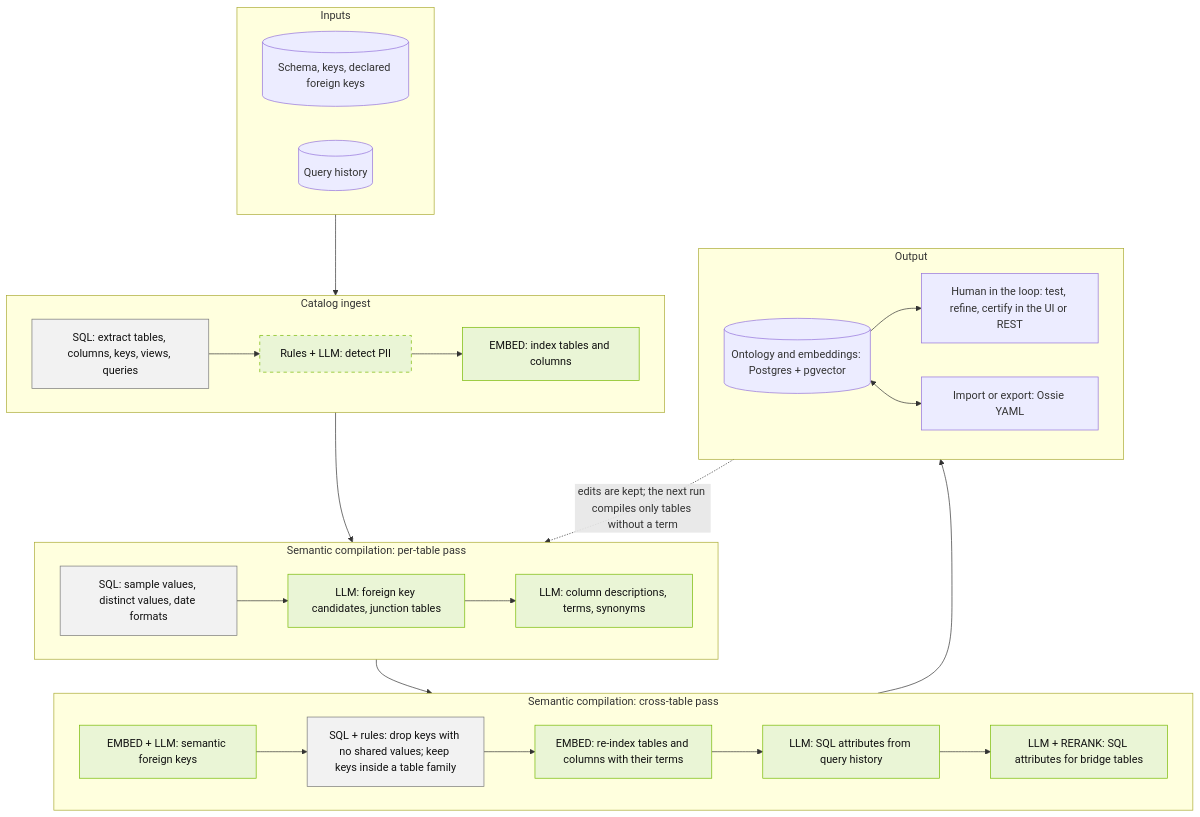
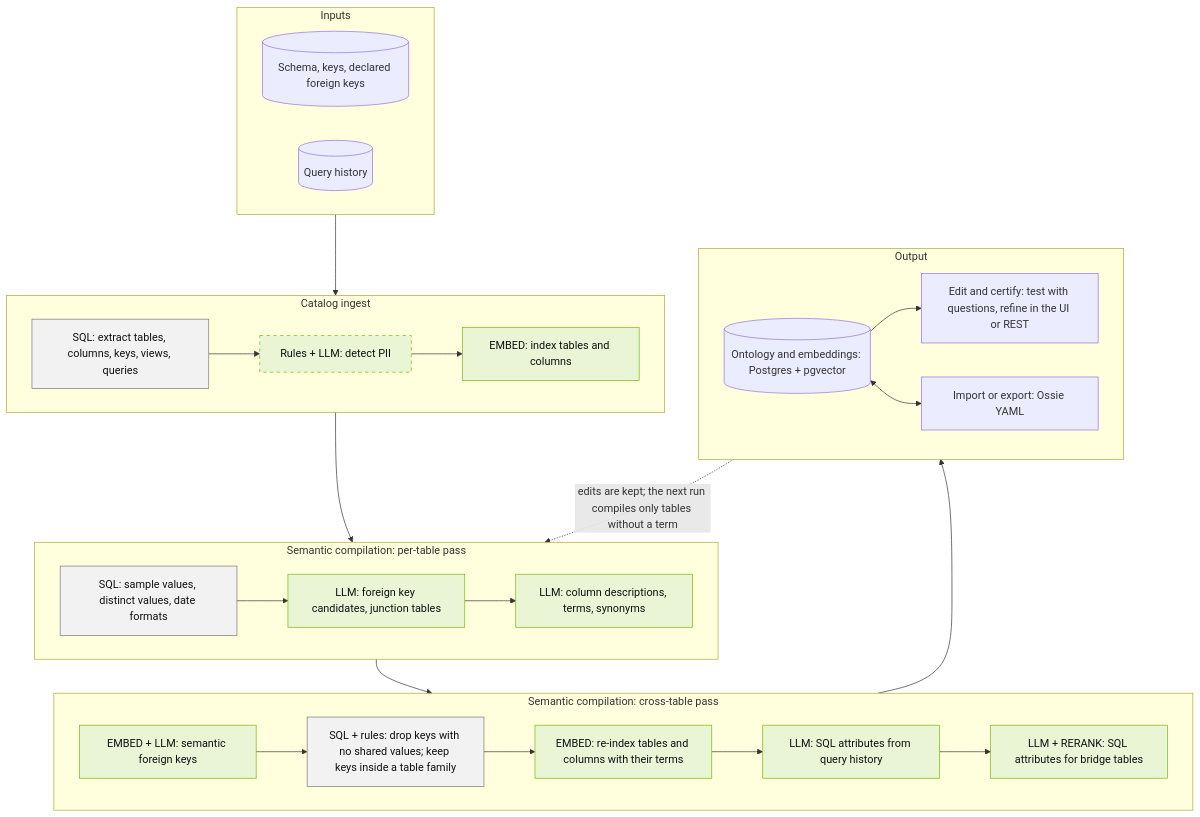
One commit to NVIDIA/auto-ontology changed the third of 6 diagrams in docs/architecture.md. Above: the diagram before and after it, drawn with Mermaid. The commit also changed other lines of this file and 1 other file, not shown here.

Commit message:
Call the review step Edit and certify

````diff
--- a/docs/architecture.md
+++ b/docs/architecture.md
@@ -190,33 +190,33 @@
 ```mermaid
 flowchart TD
   subgraph inputs["Inputs"]
     direction LR
     i1[("Schema, keys, declared foreign keys")]
     i2[("Query history")]
   end
   subgraph ingest["Catalog ingest"]
     direction LR
     c1["SQL: extract tables, columns, keys, views, queries"] --> c2["Rules + LLM: detect PII"] --> c3["EMBED: index tables and columns"]
   end
   subgraph pertable["Semantic compilation: per-table pass"]
     direction LR
     p1["SQL: sample values, distinct values, date formats"] --> p2["LLM: foreign key candidates, junction tables"] --> p3["LLM: column descriptions, terms, synonyms"]
   end
   subgraph cross["Semantic compilation: cross-table pass"]
     direction LR
     x1["EMBED + LLM: semantic foreign keys"] --> x2["SQL + rules: drop keys with no shared values; keep keys inside a table family"] --> x5["EMBED: re-index tables and columns with their terms"] --> x3["LLM: SQL attributes from query history"] --> x4["LLM + RERANK: SQL attributes for bridge tables"]
   end
   subgraph output["Output"]
     direction LR
-    o1[("Ontology and embeddings: Postgres + pgvector")] --> o2["Human in the loop: test, refine, certify in the UI or REST"]
+    o1[("Ontology and embeddings: Postgres + pgvector")] --> o2["Edit and certify: test with questions, refine in the UI or REST"]
     o1 <--> o3["Import or export: Ossie YAML"]
   end
   inputs --> ingest --> pertable --> cross --> output
   output -. "edits are kept; the next run compiles only tables without a term" .-> pertable
   classDef model fill:#eaf5d6,stroke:#76b900,color:#111
   classDef det fill:#f2f2f2,stroke:#777,color:#111
   classDef optional stroke-dasharray:5 5
   class c2,c3,p2,p3,x1,x5,x3,x4 model
   class c1,p1,x2 det
   class c2 optional
 ```
````
